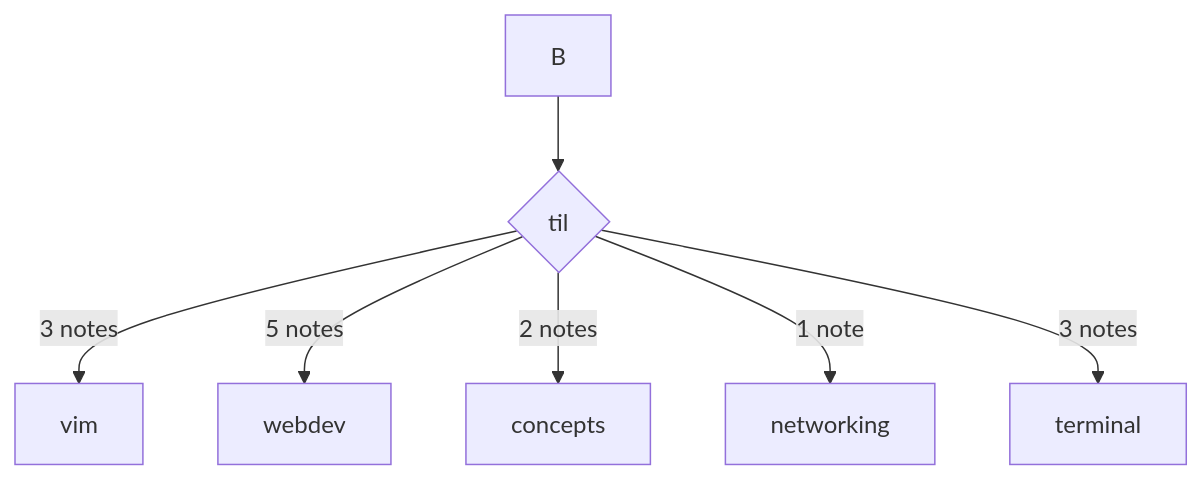
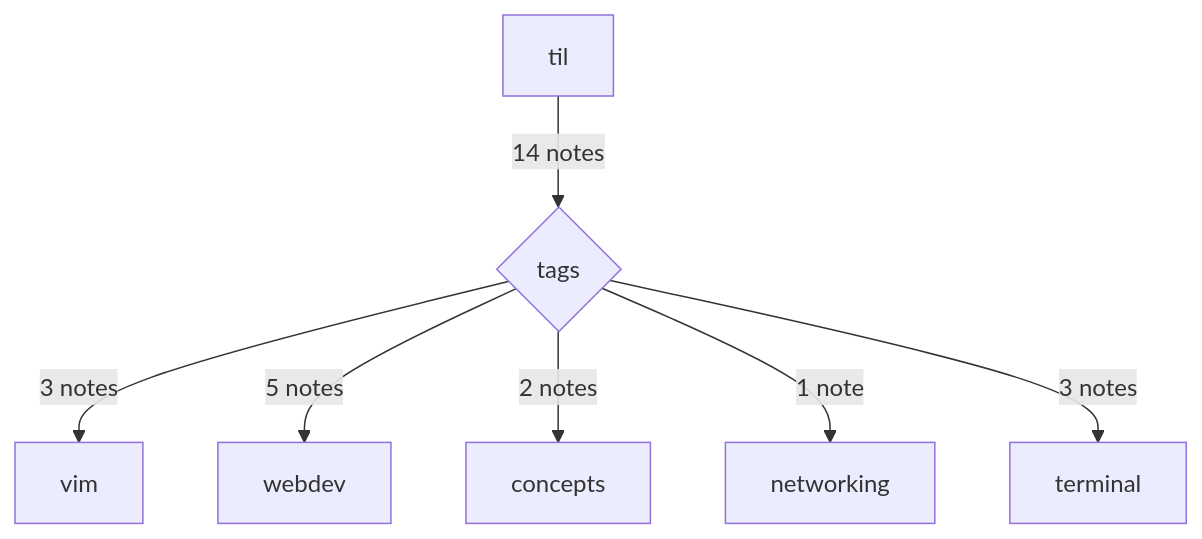
One commit to tg-z/til changed the diagram in index.md. Above: the diagram before and after it, drawn with Mermaid.

Commit message:
fixed mermaid graph

````diff
--- a/index.md
+++ b/index.md
@@ -22,9 +22,9 @@
 ```mermaid
 graph TD
-B --> C{til}
+    A[til] -->|14 notes| C{tags}
     C -->|3 notes| D[vim]
     C -->|5 notes| E[webdev]
     C -->|2 notes| F[concepts]
     C -->|1 note| G[networking]
     C -->| 3 notes| H[terminal]
 ```
````
